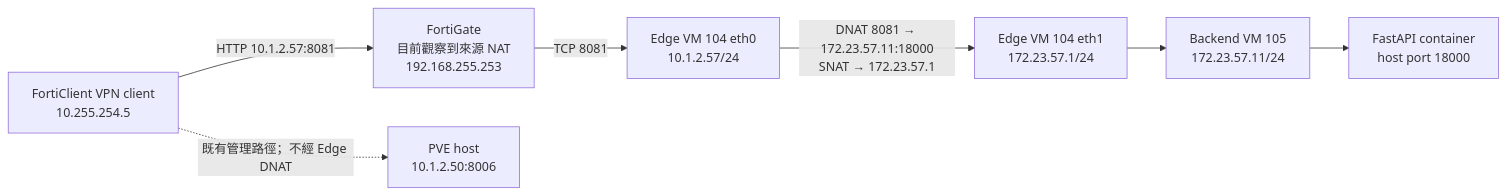
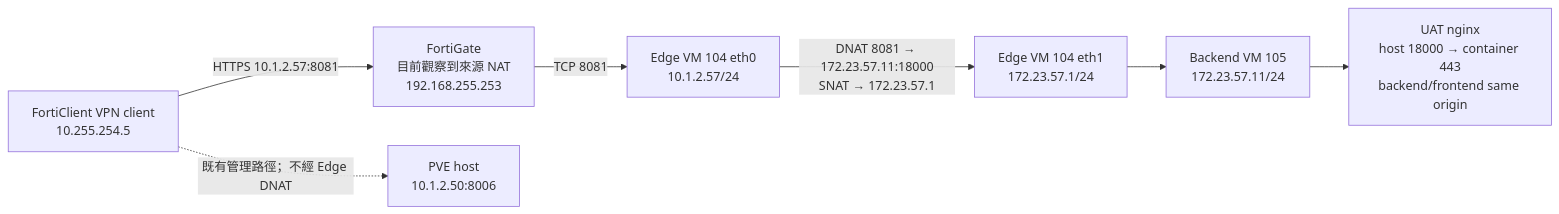
One commit to Anuise/pve-mutil-ip-settings changed the diagram in docs/tutorials/single-ip-multi-site-network-setup.md. Above: the diagram before and after it, drawn with Mermaid. The commit also changed other lines of this file and 6 other files, not shown here.

````diff
--- a/docs/tutorials/single-ip-multi-site-network-setup.md
+++ b/docs/tutorials/single-ip-multi-site-network-setup.md
@@ -16,17 +17,17 @@
 ```mermaid
 flowchart LR
     C["FortiClient VPN client<br/>10.255.254.5"]
     F["FortiGate<br/>目前觀察到來源 NAT<br/>192.168.255.253"]
     E0["Edge VM 104 eth0<br/>10.1.2.57/24"]
     E1["Edge VM 104 eth1<br/>172.23.57.1/24"]
     B["Backend VM 105<br/>172.23.57.11/24"]
-    A["FastAPI container<br/>host port 18000"]
+    A["UAT nginx<br/>host 18000 → container 443<br/>backend/frontend same origin"]
     P["PVE host<br/>10.1.2.50:8006"]
 
-    C -->|"HTTP 10.1.2.57:8081"| F
+    C -->|"HTTPS 10.1.2.57:8081"| F
     F -->|"TCP 8081"| E0
     E0 -->|"DNAT 8081 → 172.23.57.11:18000<br/>SNAT → 172.23.57.1"| E1
     E1 --> B
     B --> A
     C -. "既有管理路徑；不經 Edge DNAT" .-> P
 ```
````
